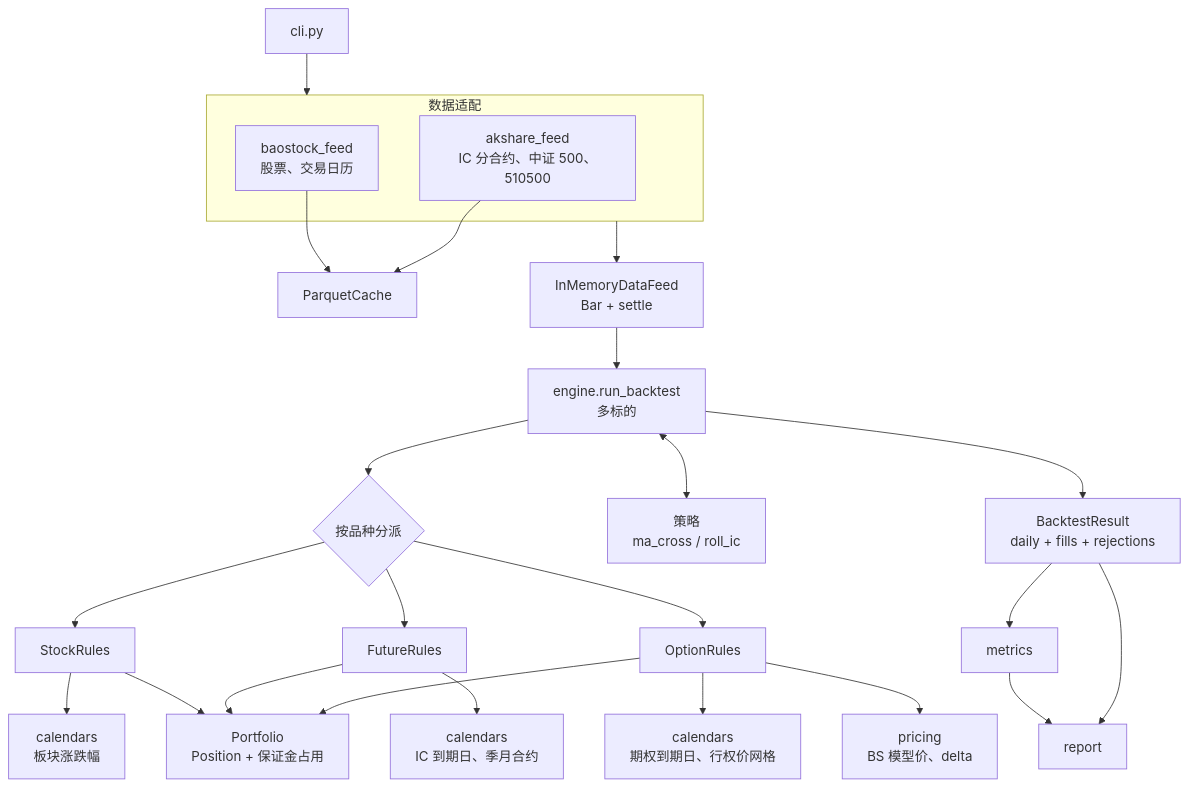
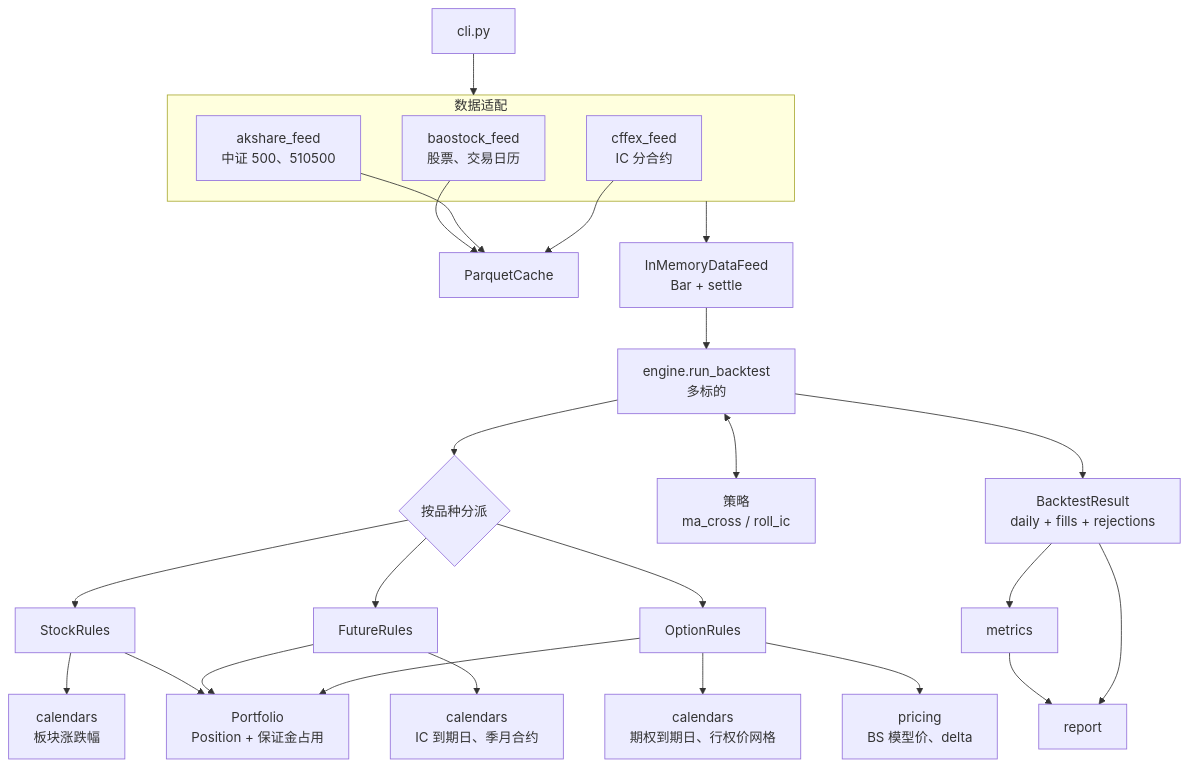
The first of 8 diagrams in docs/design.md (guevara12345/quant), drawn with Mermaid before and after one commit. The commit also changed other lines of this file and 14 other files, not shown here.

````diff
--- a/docs/design.md
+++ b/docs/design.md
@@ -69,27 +69,29 @@
 ```mermaid
 flowchart TD
     CLI[cli.py] --> Loaders
     subgraph Loaders[数据适配]
         BAO[baostock_feed<br/>股票、交易日历]
-        AK[akshare_feed<br/>IC 分合约、中证 500、510500]
+        AK[akshare_feed<br/>中证 500、510500]
+        CF[cffex_feed<br/>IC 分合约]
     end
     BAO --> Cache[ParquetCache]
     AK --> Cache
+    CF --> Cache
     Loaders --> Feed["InMemoryDataFeed<br/>Bar + settle"]
     Feed --> Engine[engine.run_backtest<br/>多标的]
     Engine --> Dispatch{按品种分派}
     Dispatch --> SR[StockRules]
     Dispatch --> FR[FutureRules]
     Dispatch --> OR[OptionRules]
     SR --> Cal[calendars<br/>板块涨跌幅]
     FR --> Cal2[calendars<br/>IC 到期日、季月合约]
     OR --> Cal3[calendars<br/>期权到期日、行权价网格]
     OR --> PR[pricing<br/>BS 模型价、delta]
     SR --> PF[Portfolio<br/>Position + 保证金占用]
     FR --> PF
     OR --> PF
     Engine <--> STR["策略<br/>ma_cross / roll_ic"]
     Engine --> RES["BacktestResult<br/>daily + fills + rejections"]
     RES --> MET[metrics] --> REP[report]
     RES --> REP
 ```
````
